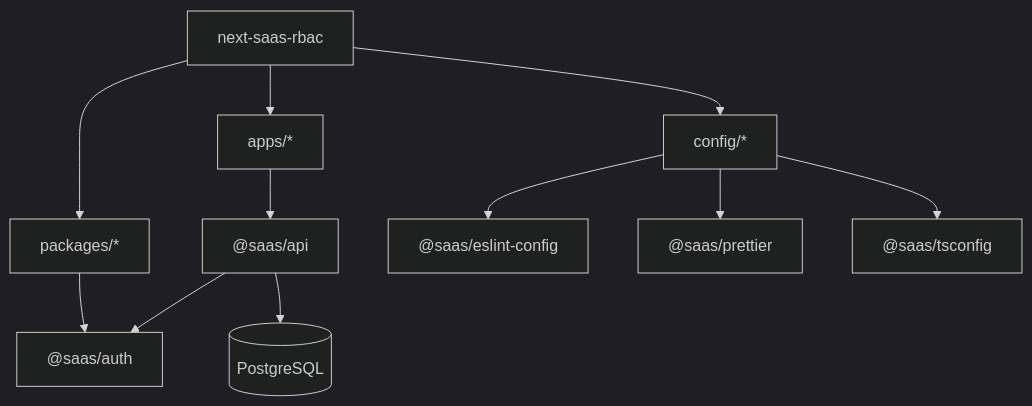
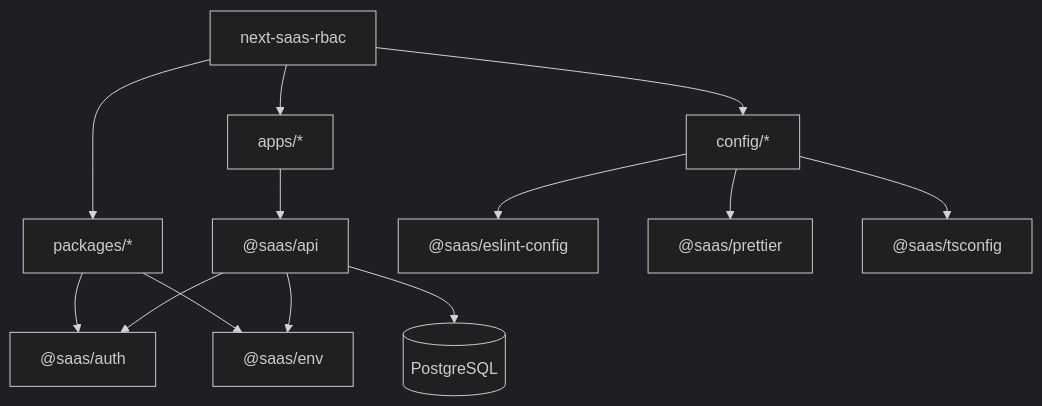
One commit to lucas62/next-saas-rbac changed the diagram in README.md. Above: the diagram before and after it, drawn with Mermaid (dark theme). The commit also changed other lines of this file, not shown here.

````diff
--- a/README.md
+++ b/README.md
@@ -116,14 +126,16 @@
 ```mermaid
 flowchart TB
   root[next-saas-rbac]
   root --> apps[apps/*]
   root --> packages[packages/*]
   root --> config[config/*]
   apps --> api["@saas/api"]
   packages --> auth["@saas/auth"]
+  packages --> envPkg["@saas/env"]
   api --> auth
+  api --> envPkg
   api --> db[(PostgreSQL)]
   config --> eslint["@saas/eslint-config"]
   config --> prettier["@saas/prettier"]
   config --> tsconfig["@saas/tsconfig"]
 ```
````
